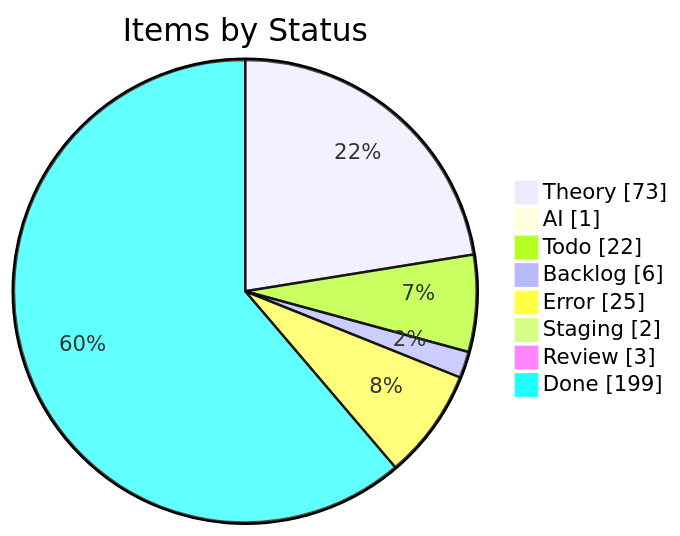
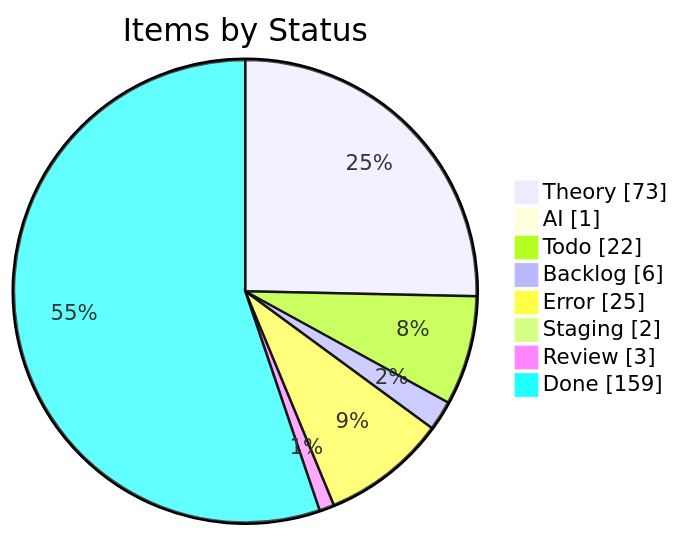
The first of 4 diagrams in apps/kbve/astro-kbve/src/content/docs/dashboard/kanban-data.mdx (KBVE/kbve), drawn with Mermaid before and after one commit. The commit also changed other lines of this file and 7 other files, not shown here.

````diff
--- a/apps/kbve/astro-kbve/src/content/docs/dashboard/kanban-data.mdx
+++ b/apps/kbve/astro-kbve/src/content/docs/dashboard/kanban-data.mdx
@@ -55,12 +55,12 @@
 ```mermaid
 pie showData
     title Items by Status
     "Theory" : 73
     "AI" : 1
     "Todo" : 22
     "Backlog" : 6
     "Error" : 25
     "Staging" : 2
     "Review" : 3
-    "Done" : 199
+    "Done" : 159
 ```
````
